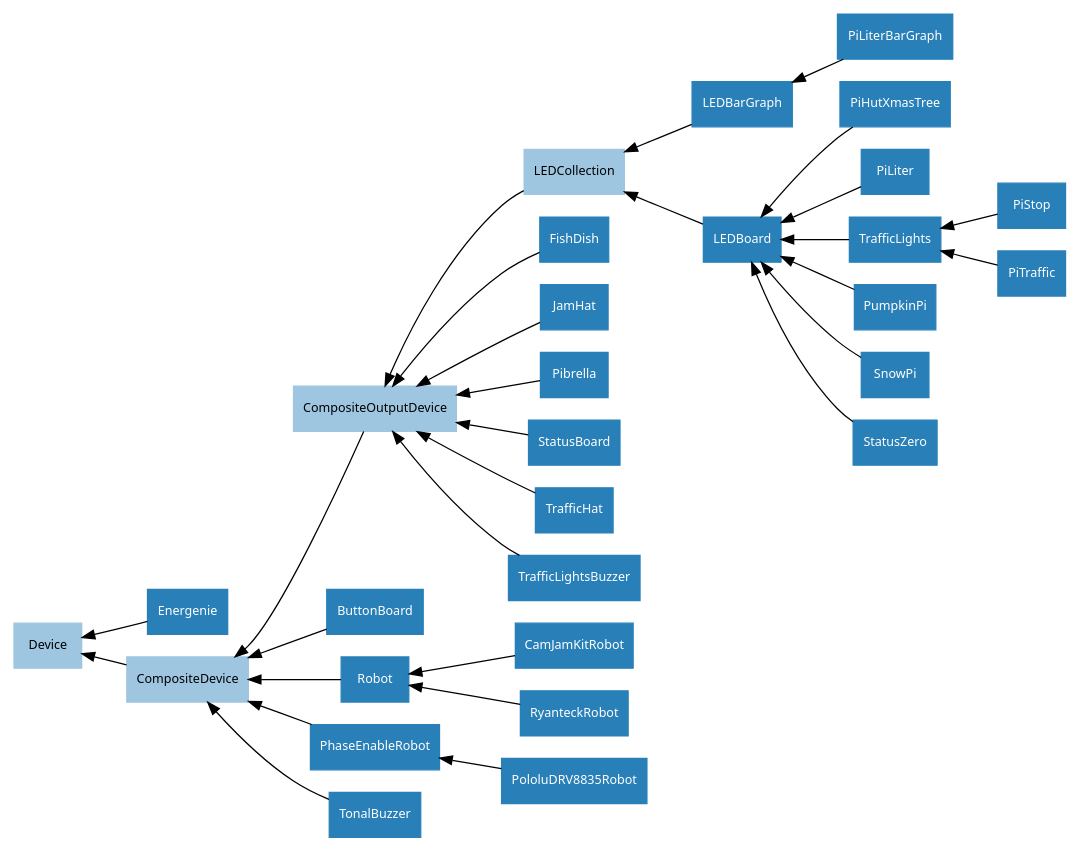
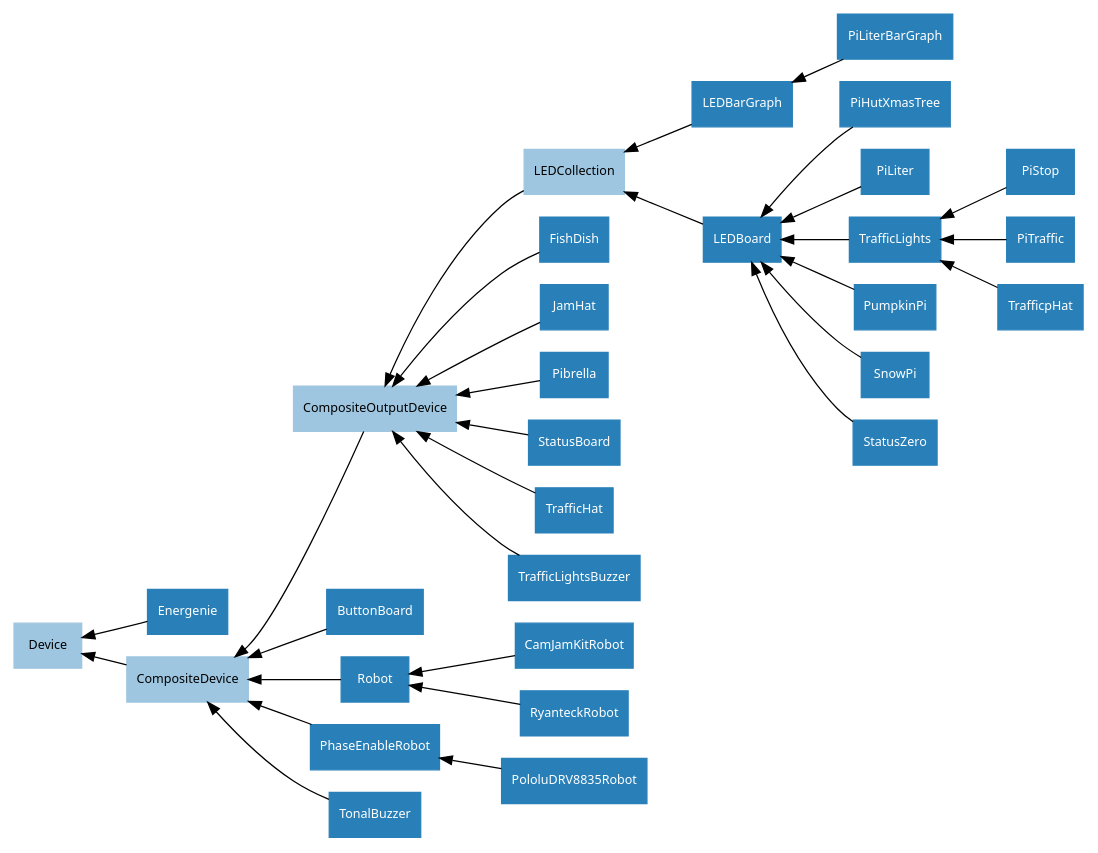
The diagram in docs/images/composite_device_hierarchy.dot (gpiozero/gpiozero), drawn with Graphviz before and after one commit. The commit also changed 17 other files, not shown here.

```diff
--- a/docs/images/composite_device_hierarchy.dot
+++ b/docs/images/composite_device_hierarchy.dot
@@ -1,50 +1,51 @@
 digraph classes {
     graph [rankdir=RL];
     node [shape=rect, style=filled, fontname=Sans, fontsize=10];
     edge [];
 
     /* Mixin classes */
     node [color="#c69ee0", fontcolor="#000000"]
 
     
 
     /* Abstract classes */
     node [color="#9ec6e0", fontcolor="#000000"]
 
     CompositeDevice;
     CompositeOutputDevice;
     Device;
     LEDCollection;
 
     /* Concrete classes */
     node [color="#2980b9", fontcolor="#ffffff"];
 
     ButtonBoard->CompositeDevice;
     CamJamKitRobot->Robot;
     CompositeDevice->Device;
     CompositeOutputDevice->CompositeDevice;
     Energenie->Device;
     FishDish->CompositeOutputDevice;
     JamHat->CompositeOutputDevice;
     LEDBarGraph->LEDCollection;
     LEDBoard->LEDCollection;
     LEDCollection->CompositeOutputDevice;
     PhaseEnableRobot->CompositeDevice;
     PiHutXmasTree->LEDBoard;
     PiLiter->LEDBoard;
     PiLiterBarGraph->LEDBarGraph;
     PiStop->TrafficLights;
     PiTraffic->TrafficLights;
     Pibrella->CompositeOutputDevice;
     PololuDRV8835Robot->PhaseEnableRobot;
     PumpkinPi->LEDBoard;
     Robot->CompositeDevice;
     RyanteckRobot->Robot;
     SnowPi->LEDBoard;
     StatusBoard->CompositeOutputDevice;
     StatusZero->LEDBoard;
     TonalBuzzer->CompositeDevice;
     TrafficHat->CompositeOutputDevice;
     TrafficLights->LEDBoard;
     TrafficLightsBuzzer->CompositeOutputDevice;
+    TrafficpHat->TrafficLights;
 }
```
